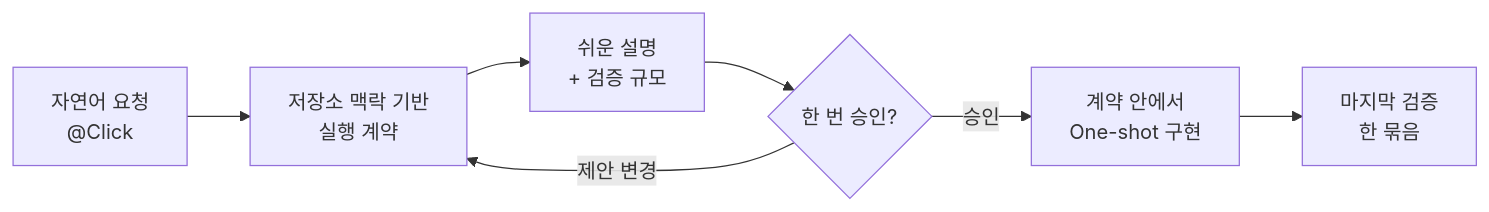
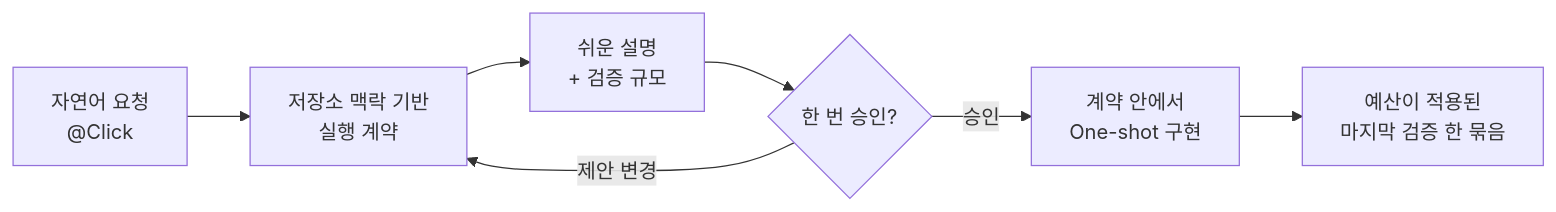
One commit to grapefruit0205/build-brief changed the diagram in README.ko.md. Above: the diagram before and after it, drawn with Mermaid. The commit also changed other lines of this file and 10 other files, not shown here.

````diff
--- a/README.ko.md
+++ b/README.ko.md
@@ -22,9 +22,9 @@
 ```mermaid
 flowchart LR
     A["자연어 요청<br/>@Click"] --> B["저장소 맥락 기반<br/>실행 계약"]
     B --> C["쉬운 설명<br/>+ 검증 규모"]
     C --> D{"한 번 승인?"}
     D -->|승인| E["계약 안에서<br/>One-shot 구현"]
-    E --> F["마지막 검증<br/>한 묶음"]
+    E --> F["예산이 적용된<br/>마지막 검증 한 묶음"]
     D -->|제안 변경| B
 ```
````
